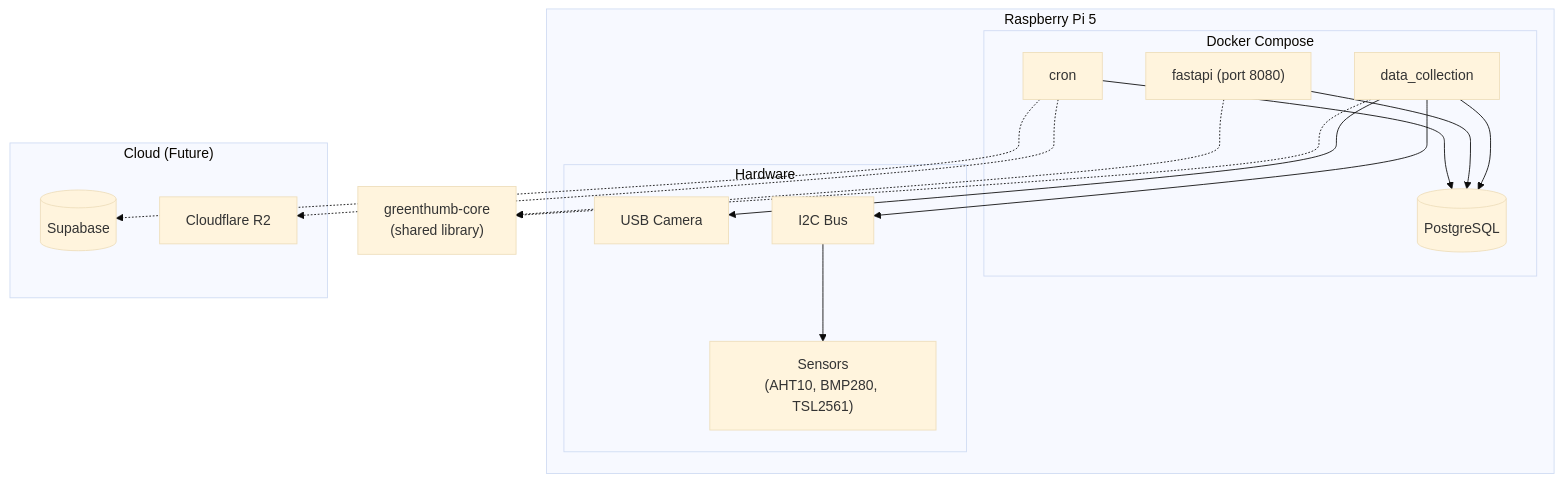
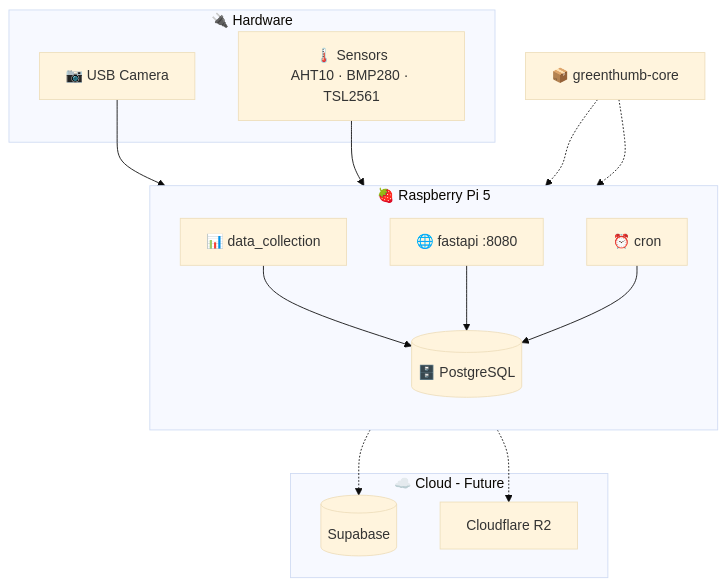
The first of 3 diagrams in docs/architecture/overview.md (GreenThumbProject/docs), drawn with Mermaid (base theme) before and after one commit. The commit also changed 6 other files, not shown here.

Commit message:
feat: add architecture overview, sensor documentation, virtual sensors article, and future work summaries

````diff
--- a/docs/architecture/overview.md
+++ b/docs/architecture/overview.md
@@ -7,42 +7,39 @@
 ```mermaid
-graph TB
-    subgraph RPI["Raspberry Pi 5"]
-        subgraph Docker["Docker Compose"]
-            DC["data_collection"]
-            API["fastapi (port 8080)"]
-            DB[(PostgreSQL)]
-            CRON["cron"]
-        end
-        
-        subgraph HW["Hardware"]
-            CAM[USB Camera]
-            I2C[I2C Bus]
-            SENSORS["Sensors<br/>(AHT10, BMP280, TSL2561)"]
-        end
+flowchart TB
+    subgraph RPI["🍓 Raspberry Pi 5"]
+        direction TB
+        DC["📊 data_collection"]
+        API["🌐 fastapi :8080"]
+        DB[("🗄️ PostgreSQL")]
+        CRON["⏰ cron"]
     end
     
-    CORE["greenthumb-core<br/>(shared library)"]
-    
-    subgraph Cloud["Cloud (Future)"]
-        SUPA[(Supabase)]
-        R2[Cloudflare R2]
+    subgraph HW["🔌 Hardware"]
+        CAM["📷 USB Camera"]
+        SENSORS["🌡️ Sensors<br/>AHT10 · BMP280 · TSL2561"]
     end
     
-    %% Hardware connections
-    I2C --> SENSORS
-    DC --> CAM
-    DC --> I2C
+    subgraph CLOUD["☁️ Cloud - Future"]
+        SUPA[("Supabase")]
+        R2["Cloudflare R2"]
+    end
     
-    %% Service connections
+    CORE["📦 greenthumb-core"]
+    
+    %% Hardware to Services
+    CAM --> DC
+    SENSORS --> DC
+    
+    %% Internal service connections
     DC --> DB
     API --> DB
     CRON --> DB
     
-    %% Library dependencies
-    DC -.-> CORE
-    API -.-> CORE
+    %% Library
+    CORE -.-> DC
+    CORE -.-> API
     
-    %% Future cloud connections
+    %% Future cloud
     CRON -.-> SUPA
     CRON -.-> R2
 ```
````
